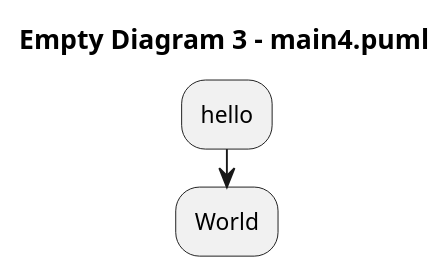
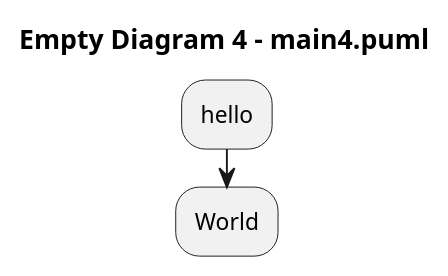
Before and after one commit to arwenvaughan/test1: the diagram in main4.puml, drawn with PlantUML.

Commit message:
PlantText Commit: 4.

```diff
--- a/main4.puml
+++ b/main4.puml
@@ -1,7 +1,7 @@
 @startuml
 
-title Empty Diagram 3 - main4.puml
+title Empty Diagram 4 - main4.puml
 :hello;
 :World;
 
 @enduml
```
